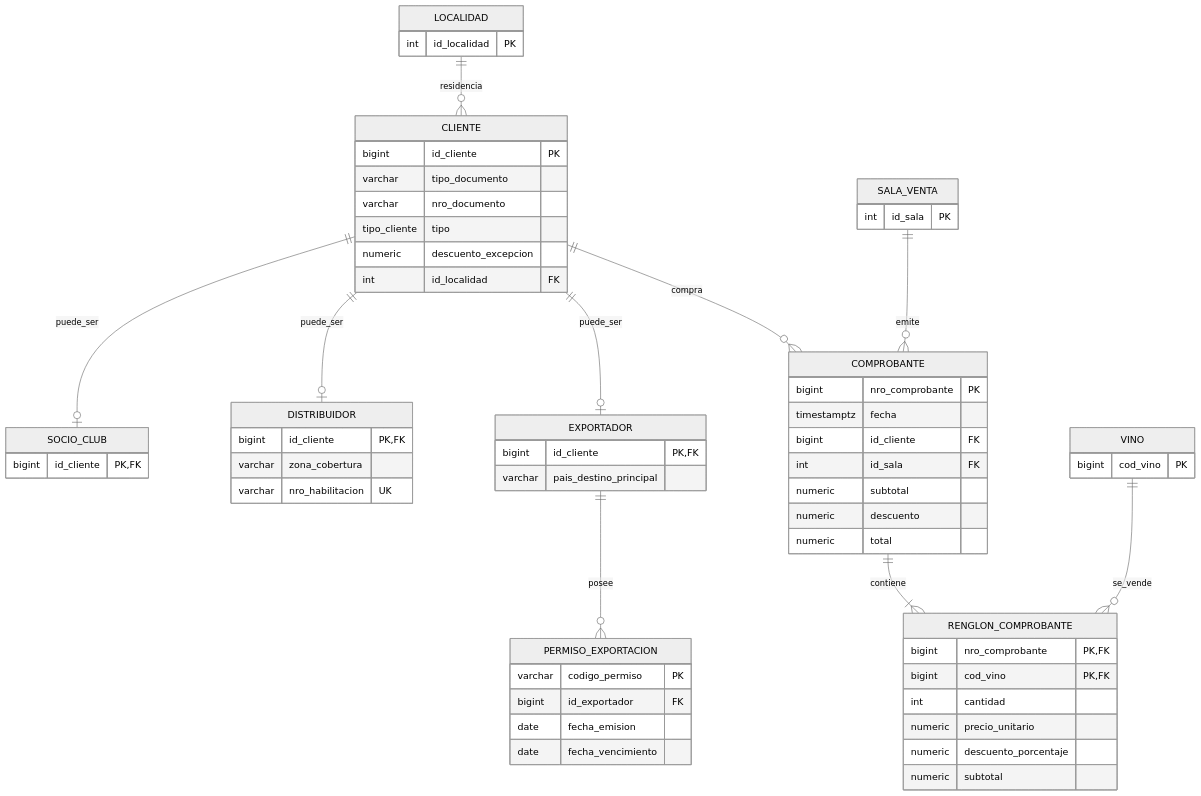
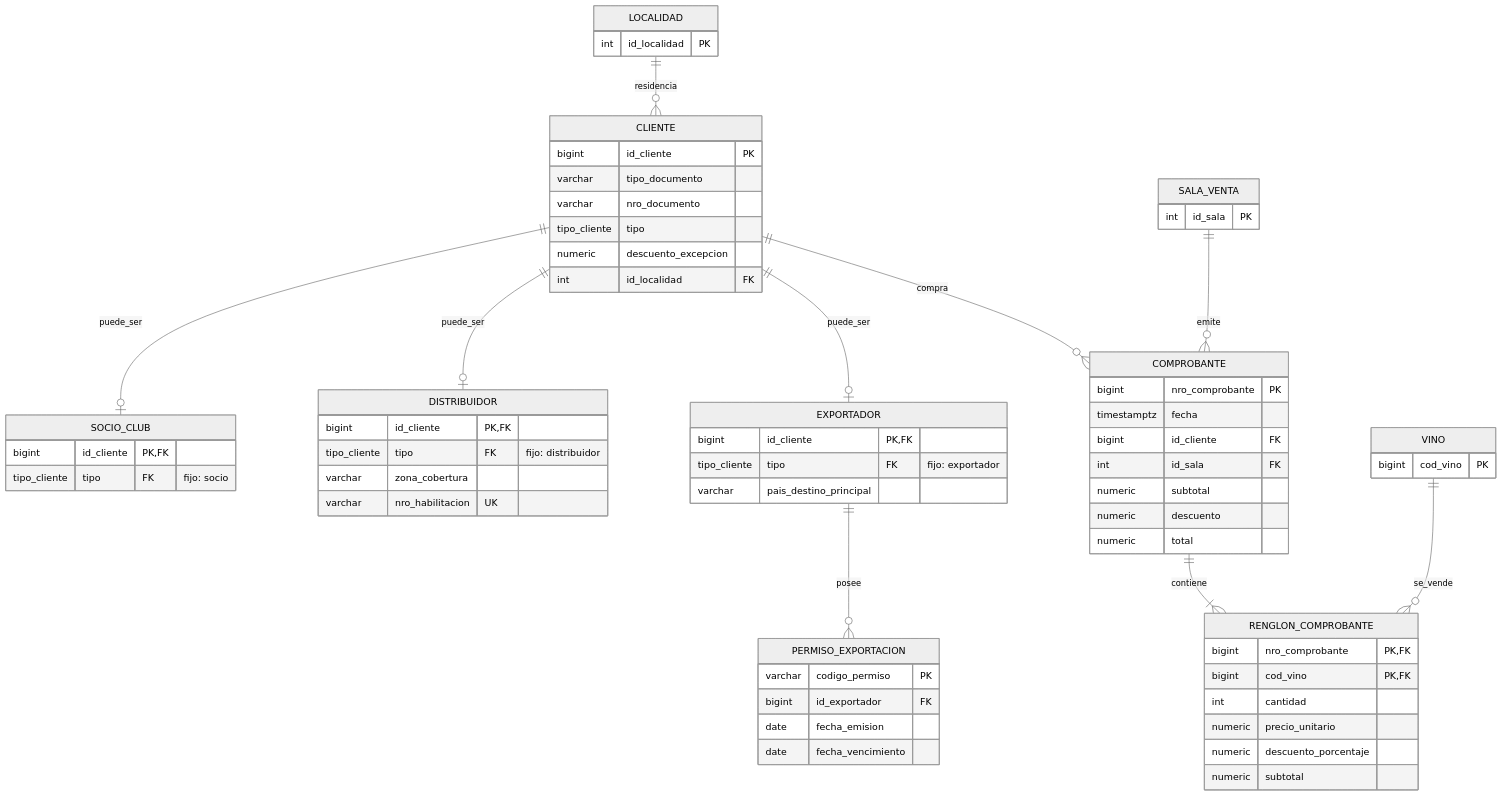
The third of 4 diagrams in docs/modelo_conceptual.md (Lukillas09/ProyectoFinalBD), drawn with Mermaid (neutral theme) before and after one commit. The commit also changed other lines of this file and 5 other files, not shown here.

````diff
--- a/docs/modelo_conceptual.md
+++ b/docs/modelo_conceptual.md
@@ -214,65 +214,68 @@
 ```mermaid
 erDiagram
     LOCALIDAD {
         int id_localidad PK
     }
     CLIENTE {
         bigint id_cliente PK
         varchar tipo_documento
         varchar nro_documento
         tipo_cliente tipo
         numeric descuento_excepcion
         int id_localidad FK
     }
     SOCIO_CLUB {
         bigint id_cliente PK, FK
+        tipo_cliente tipo FK "fijo: socio"
     }
     DISTRIBUIDOR {
         bigint id_cliente PK, FK
+        tipo_cliente tipo FK "fijo: distribuidor"
         varchar zona_cobertura
         varchar nro_habilitacion UK
     }
     EXPORTADOR {
         bigint id_cliente PK, FK
+        tipo_cliente tipo FK "fijo: exportador"
         varchar pais_destino_principal
     }
     PERMISO_EXPORTACION {
         varchar codigo_permiso PK
         bigint id_exportador FK
         date fecha_emision
         date fecha_vencimiento
     }
     SALA_VENTA {
         int id_sala PK
     }
     COMPROBANTE {
         bigint nro_comprobante PK
         timestamptz fecha
         bigint id_cliente FK
         int id_sala FK
         numeric subtotal
         numeric descuento
         numeric total
     }
     RENGLON_COMPROBANTE {
         bigint nro_comprobante PK, FK
         bigint cod_vino PK, FK
         int cantidad
         numeric precio_unitario
         numeric descuento_porcentaje
         numeric subtotal
     }
     VINO {
         bigint cod_vino PK
     }
 
     LOCALIDAD ||--o{ CLIENTE : residencia
     CLIENTE ||--o| SOCIO_CLUB : puede_ser
     CLIENTE ||--o| DISTRIBUIDOR : puede_ser
     CLIENTE ||--o| EXPORTADOR : puede_ser
     EXPORTADOR ||--o{ PERMISO_EXPORTACION : posee
     CLIENTE ||--o{ COMPROBANTE : compra
     SALA_VENTA ||--o{ COMPROBANTE : emite
     COMPROBANTE ||--|{ RENGLON_COMPROBANTE : contiene
     VINO ||--o{ RENGLON_COMPROBANTE : se_vende
 ```
````
